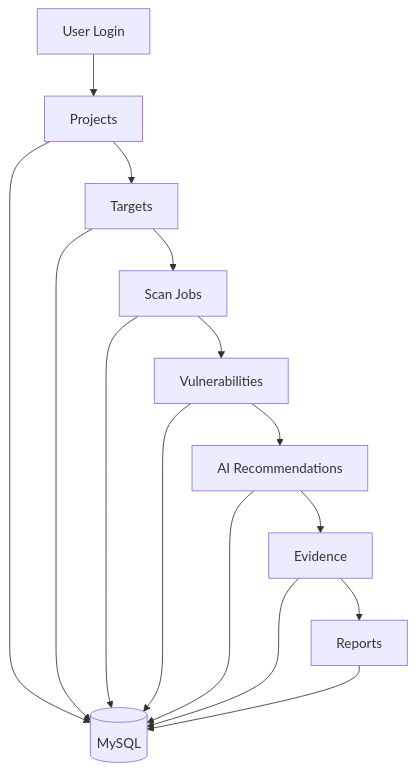
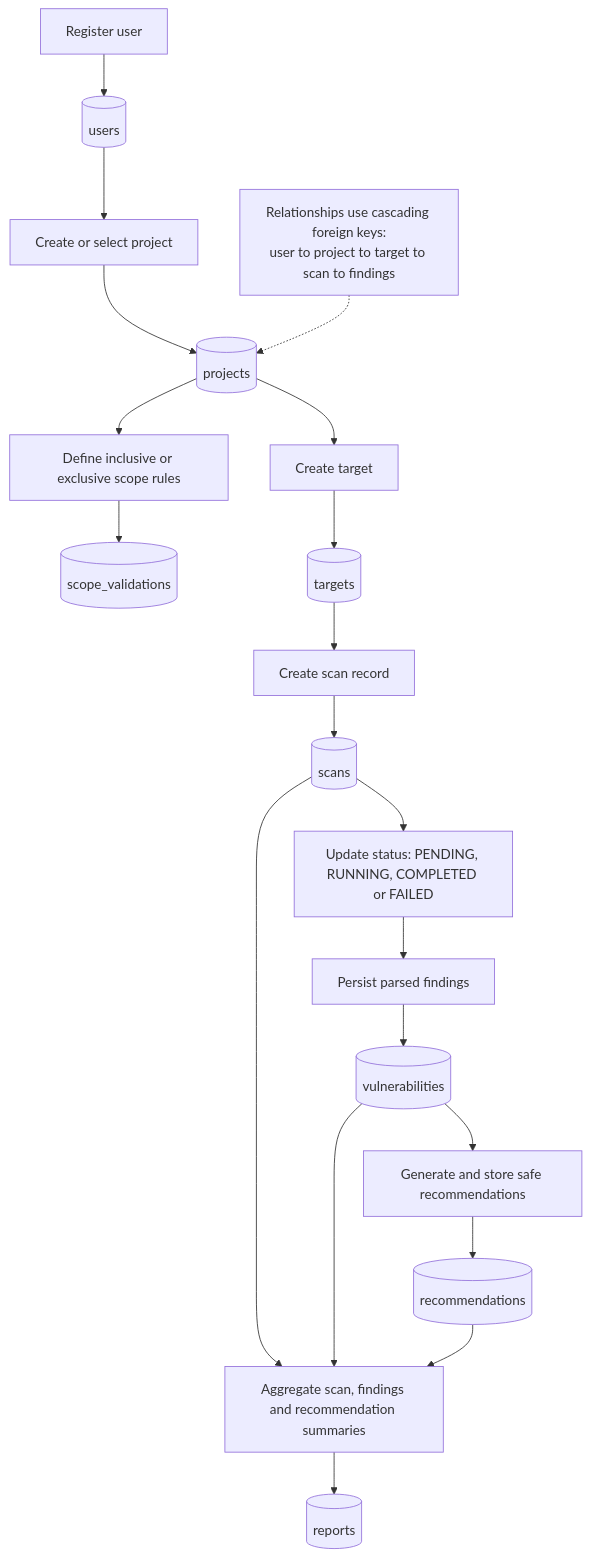
Before and after one commit to ChiragMenariyaCJ/AI-Powered-Penetration-Testing-Assist-System: the diagram in System Architecture Flow Charts/02_Database/Database_Workflow.mmd, drawn with Mermaid. The commit also changed 18 other files, not shown here.

Commit message:
Refactor mermaid code structure for improved readability and maintainability

```diff
--- a/System Architecture Flow Charts/02_Database/Database_Workflow.mmd
+++ b/System Architecture Flow Charts/02_Database/Database_Workflow.mmd
@@ -1,31 +1,27 @@
 flowchart TD
+    A[Register user] --> USERS[(users)]
+    USERS --> B[Create or select project]
+    B --> PROJECTS[(projects)]
 
-A[User Login]
+    PROJECTS --> C[Define inclusive or exclusive scope rules]
+    C --> SCOPES[(scope_validations)]
 
-A --> B[Projects]
+    PROJECTS --> D[Create target]
+    D --> TARGETS[(targets)]
 
-B --> C[Targets]
+    TARGETS --> E[Create scan record]
+    E --> SCANS[(scans)]
+    SCANS --> F[Update status: PENDING, RUNNING, COMPLETED or FAILED]
+    F --> G[Persist parsed findings]
+    G --> VULNS[(vulnerabilities)]
 
-C --> D[Scan Jobs]
+    VULNS --> H[Generate and store safe recommendations]
+    H --> RECS[(recommendations)]
 
-D --> E[Vulnerabilities]
+    SCANS --> I[Aggregate scan, findings and recommendation summaries]
+    VULNS --> I
+    RECS --> I
+    I --> REPORTS[(reports)]
 
-E --> F[AI Recommendations]
-
-F --> G[Evidence]
-
-G --> H[Reports]
-
-B --> I[(MySQL)]
-
-C --> I
-
-D --> I
-
-E --> I
-
-F --> I
-
-G --> I
-
-H --> I
+    NOTE[Relationships use cascading foreign keys:<br/>user to project to target to scan to findings]
+    NOTE -.-> PROJECTS
```
